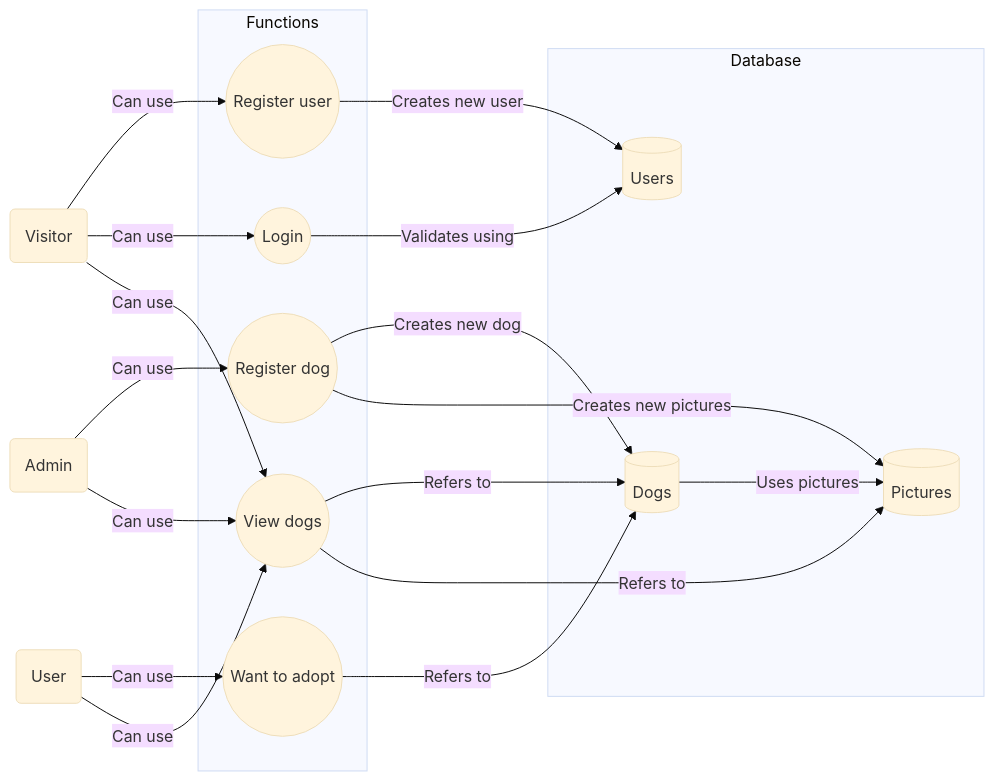
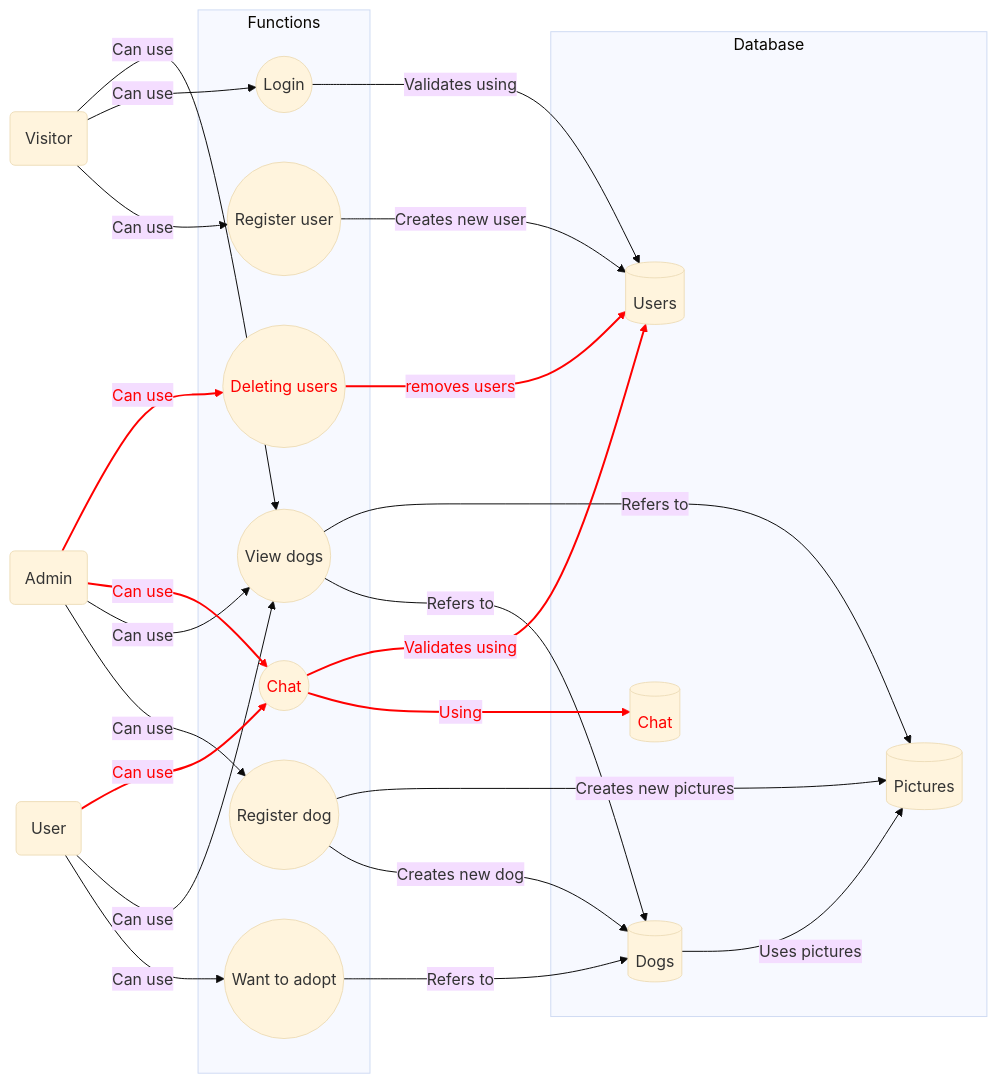
Before and after one commit to Macsoo/its-not-a-bug-its-a-feature: the second of 7 diagrams in docs/bigProject/rendszerterv.md, drawn with Mermaid (base theme).

Commit message:
docs: updated 5. Funkcionális terv in rendszerterv.md

````diff
--- a/docs/bigProject/rendszerterv.md
+++ b/docs/bigProject/rendszerterv.md
@@ -255,33 +255,49 @@
 ```mermaid
 flowchart LR
     admin(Admin)
     user(User)
     visitor(Visitor)
     subgraph Database
         user_db[(Users)]
         dogs_db[(Dogs)]
         pictures_db[(Pictures)]
+        chat_db[(<span style='color: red'>Chat</span>)]
+        
         dogs_db -- Uses pictures --> pictures_db
     end
     subgraph Functions
         fn_register_user((Register user))
         fn_login((Login))
         fn_register_dog((Register dog))
         fn_adopt((Want to adopt))
         fn_view_dogs((View dogs))
+        fn_chat((<span style='color: red'>Chat</span>))
+        fn_delete_user((<span style='color: red'>Deleting users</span>))
     end
     visitor -- Can use --> fn_register_user
     visitor -- Can use --> fn_login
     visitor -- Can use --> fn_view_dogs
     fn_register_user -- Creates new user --> user_db
     fn_login -- Validates using --> user_db
     admin -- Can use --> fn_register_dog
     admin -- Can use --> fn_view_dogs
     fn_register_dog -- Creates new dog --> dogs_db
     fn_register_dog -- Creates new pictures --> pictures_db
     user -- Can use --> fn_adopt
     user -- Can use --> fn_view_dogs
     fn_adopt -- Refers to --> dogs_db
     fn_view_dogs -- Refers to --> dogs_db
     fn_view_dogs -- Refers to --> pictures_db
+    admin -- <span style='color: red'>Can use</span> --> fn_chat
+    user -- <span style='color: red'>Can use</span> --> fn_chat
+    fn_chat -- <span style='color: red'>Using</span> --> chat_db
+    fn_chat -- <span style='color: red'>Validates using</span> --> user_db
+    admin -- <span style='color: red'>Can use</span> --> fn_delete_user
+    fn_delete_user -- <span style='color: red'>removes users</span> --> user_db
+    linkStyle 15 stroke: #ff0000, stroke-width: 2px
+    linkStyle 16 stroke: #ff0000, stroke-width: 2px
+    linkStyle 17 stroke: #ff0000, stroke-width: 2px
+    linkStyle 18 stroke: #ff0000, stroke-width: 2px
+    linkStyle 19 stroke: #ff0000, stroke-width: 2px
+    linkStyle 20 stroke: #ff0000, stroke-width: 2px
 ```
````
